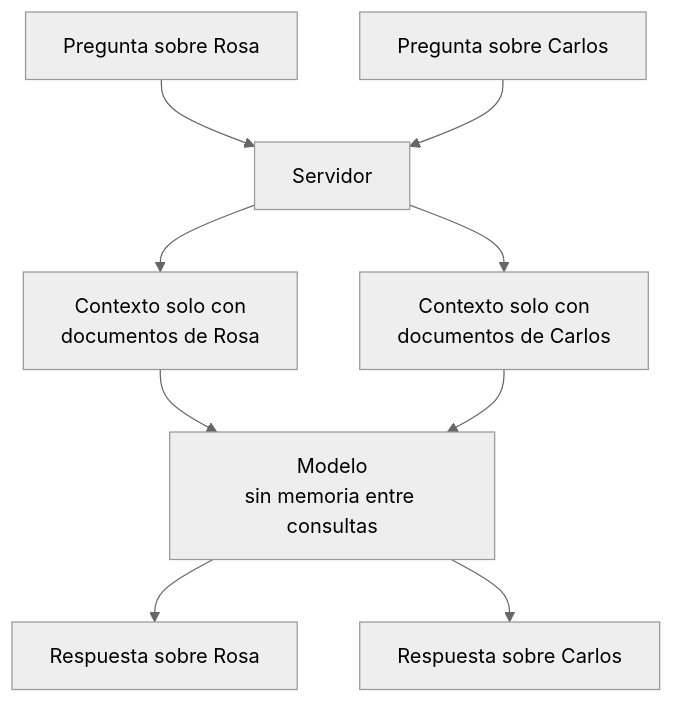
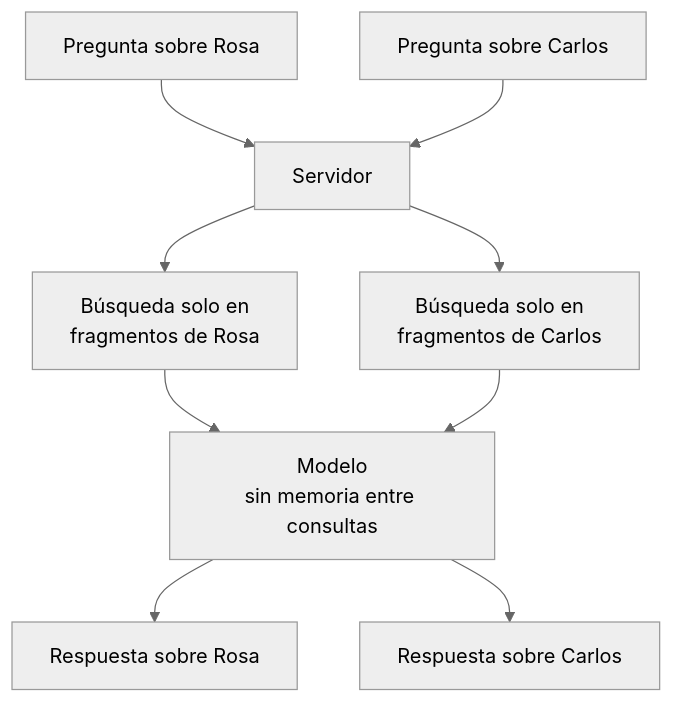
One commit to JAOSjavi/vitalia changed the second of 2 diagrams in diseno/07-como-se-construye-el-asistente.md. Above: the diagram before and after it, drawn with Mermaid (neutral theme). The commit also changed other lines of this file and 19 other files, not shown here.

First line of the commit message:
El asistente busca fragmentos (RAG) en documentos y atenciones (D-30)

````diff
--- a/diseno/07-como-se-construye-el-asistente.md
+++ b/diseno/07-como-se-construye-el-asistente.md
@@ -183,11 +244,11 @@
 ```mermaid
 flowchart TB
     Q1["Pregunta sobre Rosa"] --> S["Servidor"]
     Q2["Pregunta sobre Carlos"] --> S
-    S --> C1["Contexto solo con<br/>documentos de Rosa"]
-    S --> C2["Contexto solo con<br/>documentos de Carlos"]
+    S --> C1["Búsqueda solo en<br/>fragmentos de Rosa"]
+    S --> C2["Búsqueda solo en<br/>fragmentos de Carlos"]
     C1 --> M["Modelo<br/>sin memoria entre consultas"]
     C2 --> M
     M --> R1["Respuesta sobre Rosa"]
     M --> R2["Respuesta sobre Carlos"]
 ```
````
